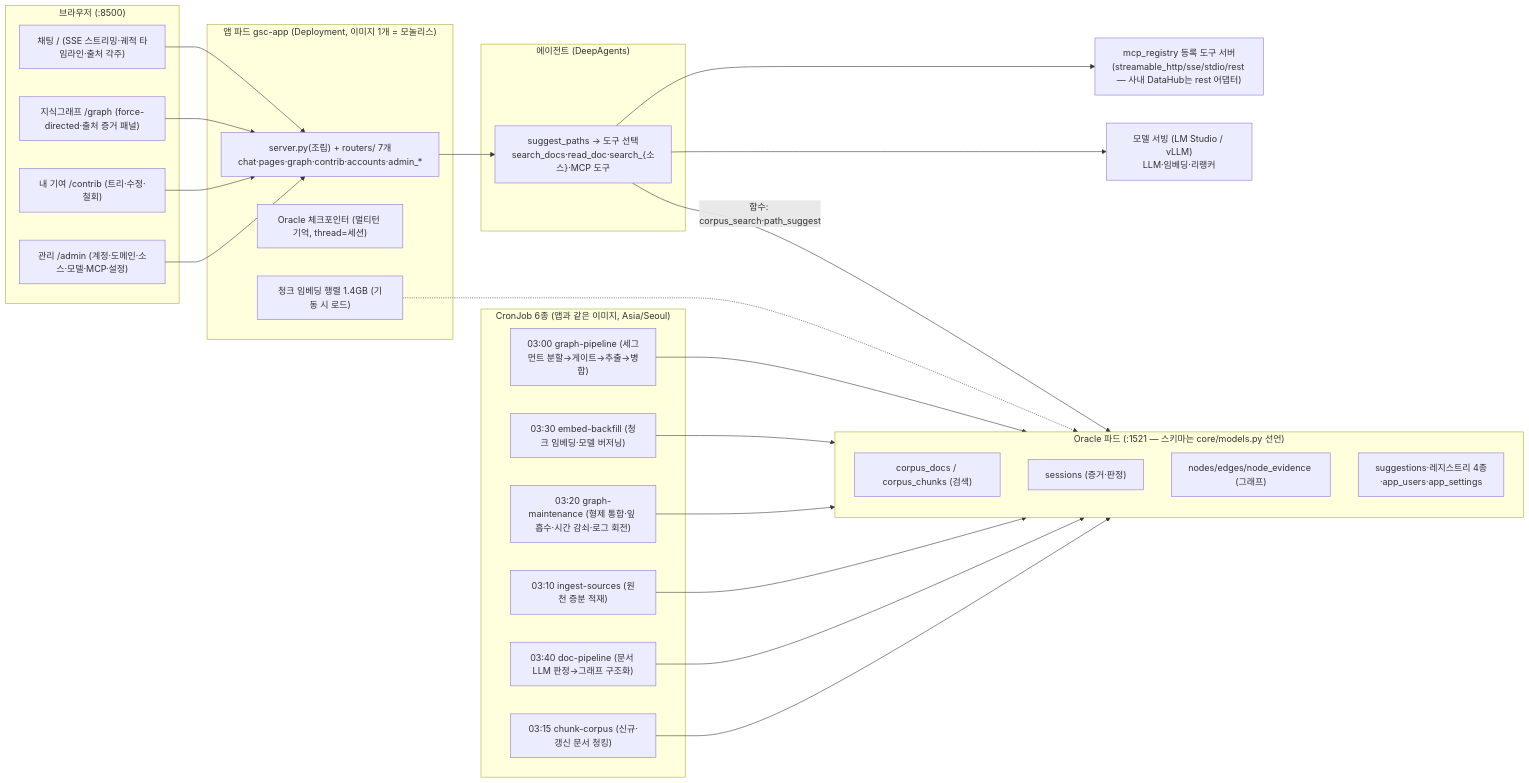
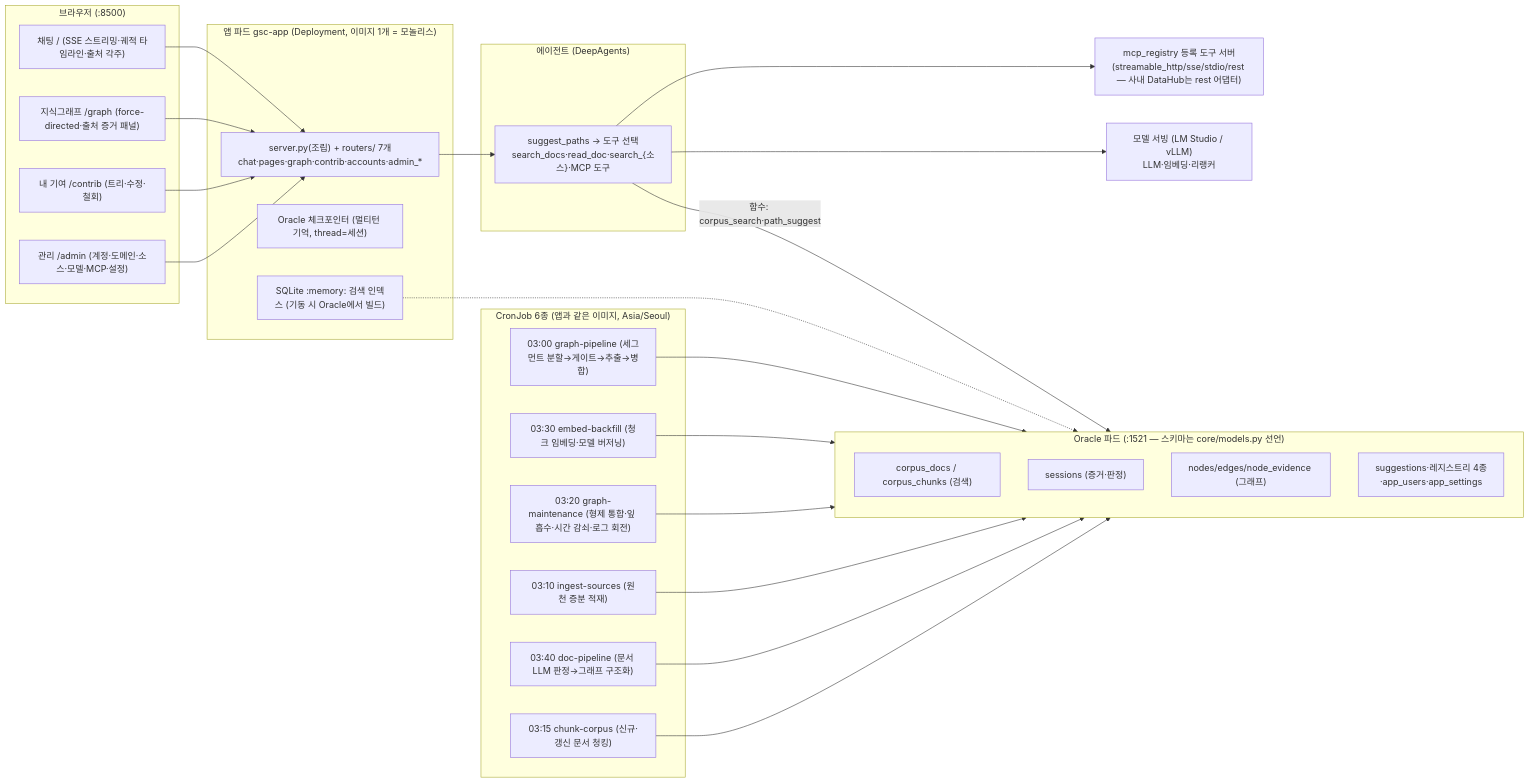
The diagram in docs/implementation.md (catinbox276/graph-search-chat), drawn with Mermaid before and after one commit. The commit also changed other lines of this file and 4 other files, not shown here.

````diff
--- a/docs/implementation.md
+++ b/docs/implementation.md
@@ -10,40 +10,40 @@
 ```mermaid
 flowchart LR
     subgraph browser["브라우저 (:8500)"]
         UI["채팅 / (SSE 스트리밍·궤적 타임라인·출처 각주)"]
         GV["지식그래프 /graph (force-directed·출처 증거 패널)"]
         CB["내 기여 /contrib (트리·수정·철회)"]
         AD["관리 /admin (계정·도메인·소스·모델·MCP·설정)"]
     end
     subgraph srv["앱 파드 gsc-app (Deployment, 이미지 1개 = 모놀리스)"]
         API["server.py(조립) + routers/ 7개<br/>chat·pages·graph·contrib·accounts·admin_*"]
         MEM["Oracle 체크포인터 (멀티턴 기억, thread=세션)"]
-        MTX["청크 임베딩 행렬 1.4GB (기동 시 로드)"]
+        MTX["SQLite :memory: 검색 인덱스 (기동 시 Oracle에서 빌드)"]
     end
     subgraph agentbox["에이전트 (DeepAgents)"]
         AG["suggest_paths → 도구 선택<br/>search_docs·read_doc·search_{소스}·MCP 도구"]
     end
     LMS["모델 서빙 (LM Studio / vLLM)<br/>LLM·임베딩·리랭커"]
     subgraph ora["Oracle 파드 (:1521 — 스키마는 core/models.py 선언)"]
         T1["corpus_docs / corpus_chunks (검색)"]
         T2["sessions (증거·판정)"]
         T3["nodes/edges/node_evidence (그래프)"]
         T4["suggestions·레지스트리 4종·app_users·app_settings"]
     end
     MCP["mcp_registry 등록 도구 서버<br/>(streamable_http/sse/stdio/rest — 사내 DataHub는 rest 어댑터)"]
     UI & GV & CB & AD --> API
     API --> AG
     AG -->|"함수: corpus_search·path_suggest"| ora
     AG --> MCP
     AG --> LMS
     MTX -.-> ora
     subgraph batch["CronJob 6종 (앱과 같은 이미지, Asia/Seoul)"]
         P2["03:00 graph-pipeline (세그먼트 분할→게이트→추출→병합)"]
         P5["03:10 ingest-sources (원천 증분 적재)"]
         P7["03:15 chunk-corpus (신규·갱신 문서 청킹)"]
         P4["03:20 graph-maintenance (형제 통합·잎 흡수·시간 감쇠·로그 회전)"]
         P3["03:30 embed-backfill (청크 임베딩·모델 버저닝)"]
         P6["03:40 doc-pipeline (문서 LLM 판정→그래프 구조화)"]
     end
     P2 & P3 & P4 & P5 & P6 & P7 --> ora
 ```
````
